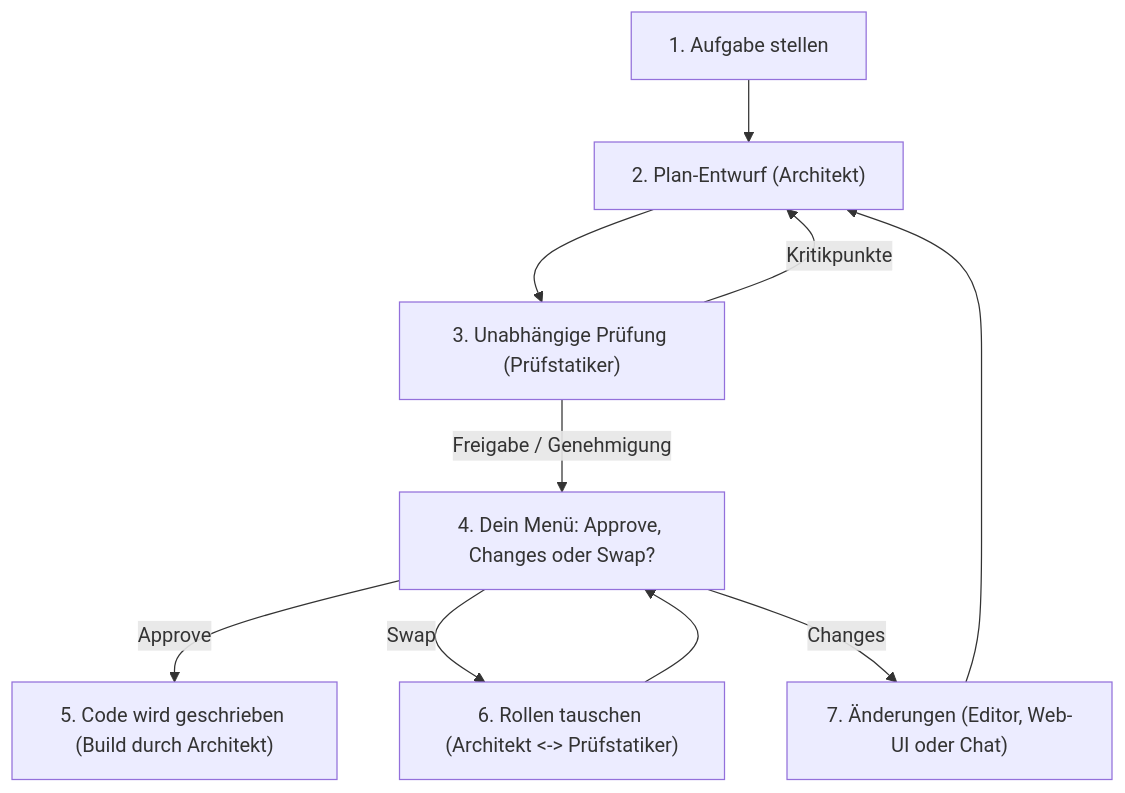
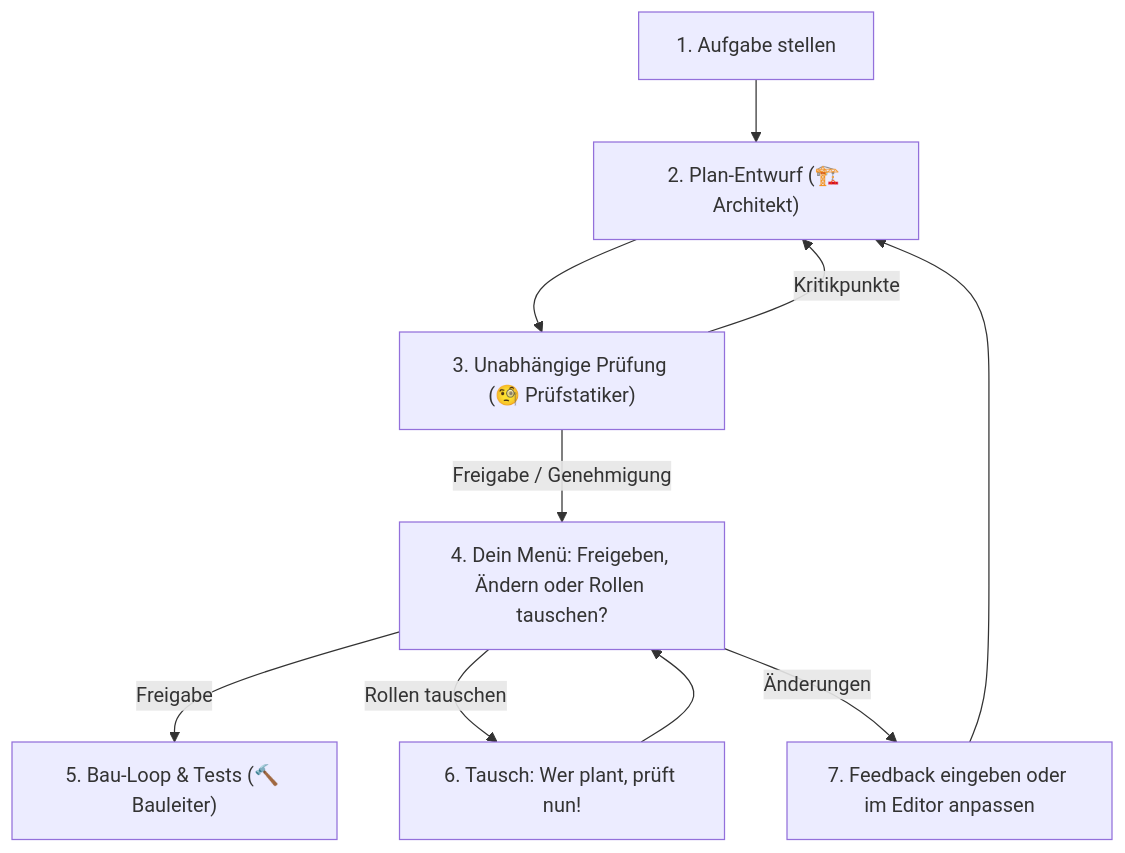
One commit to gb-web-de/claudegravity-loop changed the diagram in README.md. Above: the diagram before and after it, drawn with Mermaid. The commit also changed other lines of this file and 5 other files, not shown here.

````diff
--- a/README.md
+++ b/README.md
@@ -61,12 +52,12 @@
 ```mermaid
 flowchart TD
-    A["1. Aufgabe stellen"] --> B["2. Plan-Entwurf (Architekt)"]
-    B --> C["3. Unabhängige Prüfung (Prüfstatiker)"]
+    A["1. Aufgabe stellen"] --> B["2. Plan-Entwurf (🏗️ Architekt)"]
+    B --> C["3. Unabhängige Prüfung (🧐 Prüfstatiker)"]
     C -->|Kritikpunkte| B
-    C -->|Freigabe / Genehmigung| D["4. Dein Menü: Approve, Changes oder Swap?"]
-    D -->|Approve| E["5. Code wird geschrieben (Build durch Architekt)"]
-    D -->|Swap| G["6. Rollen tauschen (Architekt <-> Prüfstatiker)"]
+    C -->|Freigabe / Genehmigung| D["4. Dein Menü: Freigeben, Ändern oder Rollen tauschen?"]
+    D -->|Freigabe| E["5. Bau-Loop & Tests (🔨 Bauleiter)"]
+    D -->|Rollen tauschen| G["6. Tausch: Wer plant, prüft nun!"]
     G --> D
-    D -->|Changes| F["7. Änderungen (Editor, Web-UI oder Chat)"]
+    D -->|Änderungen| F["7. Feedback eingeben oder im Editor anpassen"]
     F --> B
 ```
````
